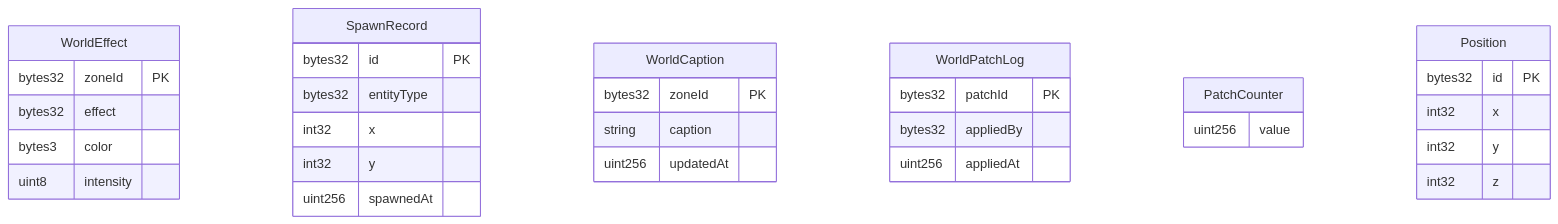
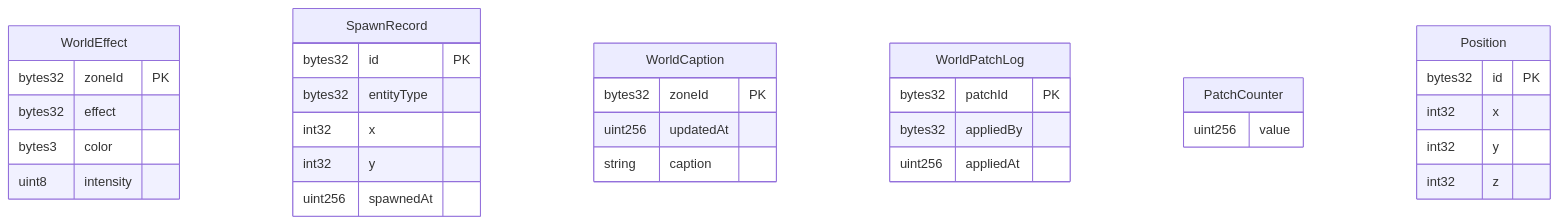
The second of 3 diagrams in .kiro/specs/feature-mud-world/design.md (mashharuki/202602-Gemini3-Tokyo-Hackathon), drawn with Mermaid before and after one commit. The commit also changed other lines of this file and 9 other files, not shown here.

````diff
--- a/.kiro/specs/feature-mud-world/design.md
+++ b/.kiro/specs/feature-mud-world/design.md
@@ -73,35 +73,35 @@
 ```mermaid
 erDiagram
     WorldEffect {
         bytes32 zoneId PK
         bytes32 effect
         bytes3 color
         uint8 intensity
     }
     SpawnRecord {
         bytes32 id PK
         bytes32 entityType
         int32 x
         int32 y
         uint256 spawnedAt
     }
     WorldCaption {
         bytes32 zoneId PK
+        uint256 updatedAt
         string caption
-        uint256 updatedAt
     }
     WorldPatchLog {
         bytes32 patchId PK
         bytes32 appliedBy
         uint256 appliedAt
     }
     PatchCounter {
         uint256 value
     }
     Position {
         bytes32 id PK
         int32 x
         int32 y
         int32 z
     }
 ```
````
